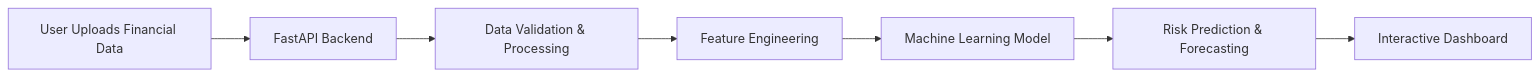
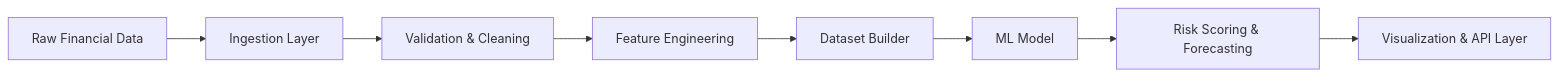
The diagram in README.md (krishanudeka/AI-Risk-Manager), drawn with Mermaid before and after one commit. The commit also changed other lines of this file, not shown here.

````diff
--- a/README.md
+++ b/README.md
@@ -42,10 +55,10 @@
 ```mermaid
 flowchart LR
-
-A[User Uploads Financial Data] --> B[FastAPI Backend]
-B --> C[Data Validation & Processing]
+A[Raw Financial Data] --> B[Ingestion Layer]
+B --> C[Validation & Cleaning]
 C --> D[Feature Engineering]
-D --> E[Machine Learning Model]
-E --> F[Risk Prediction & Forecasting]
-F --> G[Interactive Dashboard]
+D --> E[Dataset Builder]
+E --> F[ML Model]
+F --> G[Risk Scoring & Forecasting]
+G --> H[Visualization & API Layer]
 ```
````
